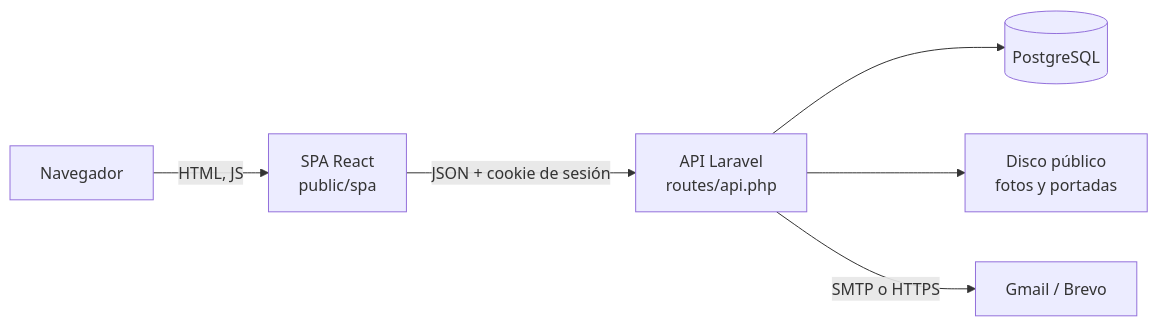
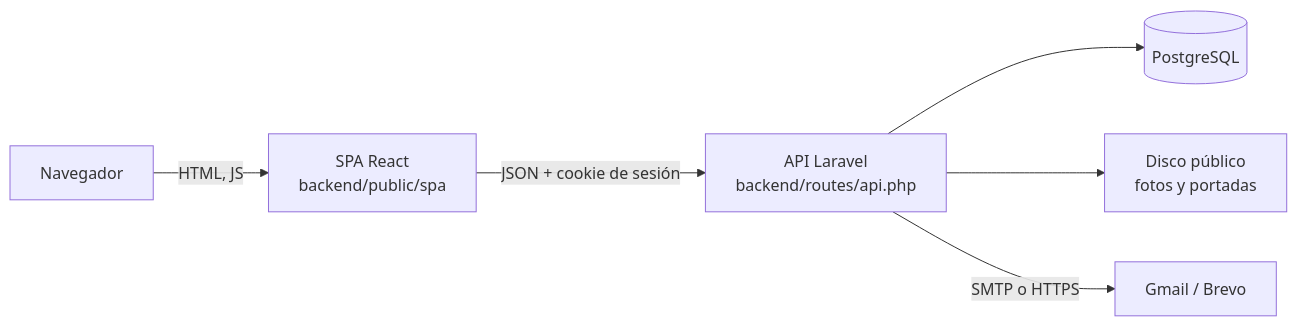
One commit to xkdemxn/libro-guardia changed the first of 2 diagrams in README.md. Above: the diagram before and after it, drawn with Mermaid. The commit also changed other lines of this file and 7 other files, not shown here.

````diff
--- a/README.md
+++ b/README.md
@@ -123,8 +123,8 @@
 ```mermaid
 flowchart LR
-    U[Navegador] -->|HTML, JS| SPA[SPA React<br/>public/spa]
-    SPA -->|JSON + cookie de sesión| API[API Laravel<br/>routes/api.php]
+    U[Navegador] -->|HTML, JS| SPA[SPA React<br/>backend/public/spa]
+    SPA -->|JSON + cookie de sesión| API[API Laravel<br/>backend/routes/api.php]
     API --> DB[(PostgreSQL)]
     API --> FS[Disco público<br/>fotos y portadas]
     API -->|SMTP o HTTPS| MAIL[Gmail / Brevo]
 ```
````
